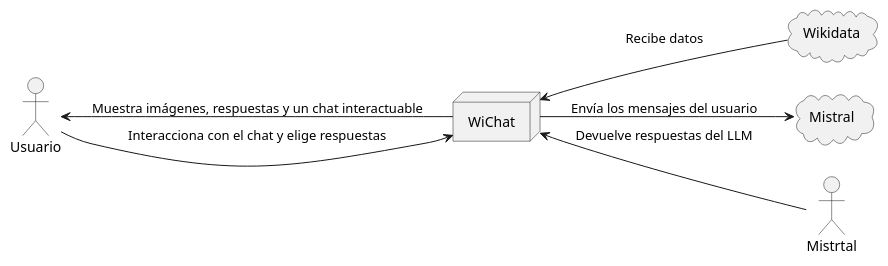
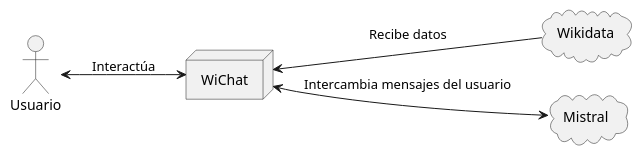
One commit to Arquisoft/wichat_es5b changed the diagram in docs/src/03_context_and_scope.adoc. Above: the diagram before and after it, drawn with PlantUML.

Commit message:
Diagrama modificado

```diff
--- a/docs/src/03_context_and_scope.adoc
+++ b/docs/src/03_context_and_scope.adoc
@@ -56,26 +56,23 @@
 [plantuml,"Vision general",png]
 ----
 @startuml
-!pragma layout smenata
 skinparam monochrome true
 left to right direction
 
 actor "Usuario"
 
 node "WiChat" {
 }
 
 cloud "Wikidata" {
 }
 
 cloud "Mistral" {
 }
 
-"Usuario" <-- "WiChat" : Muestra imágenes, respuestas y un chat interactuable
-"Usuario" --> "WiChat" : Interacciona con el chat y elige respuestas
+"Usuario" <--> "WiChat" : Interactúa
 "WiChat" <-- "Wikidata" : Recibe datos
-"WiChat" --> "Mistral" : Envía los mensajes del usuario
-"WiChat" <-- "Mistrtal" : Devuelve respuestas del LLM
+"WiChat" <--> "Mistral" : Intercambia mensajes del usuario
 
 @enduml
 ----
```
